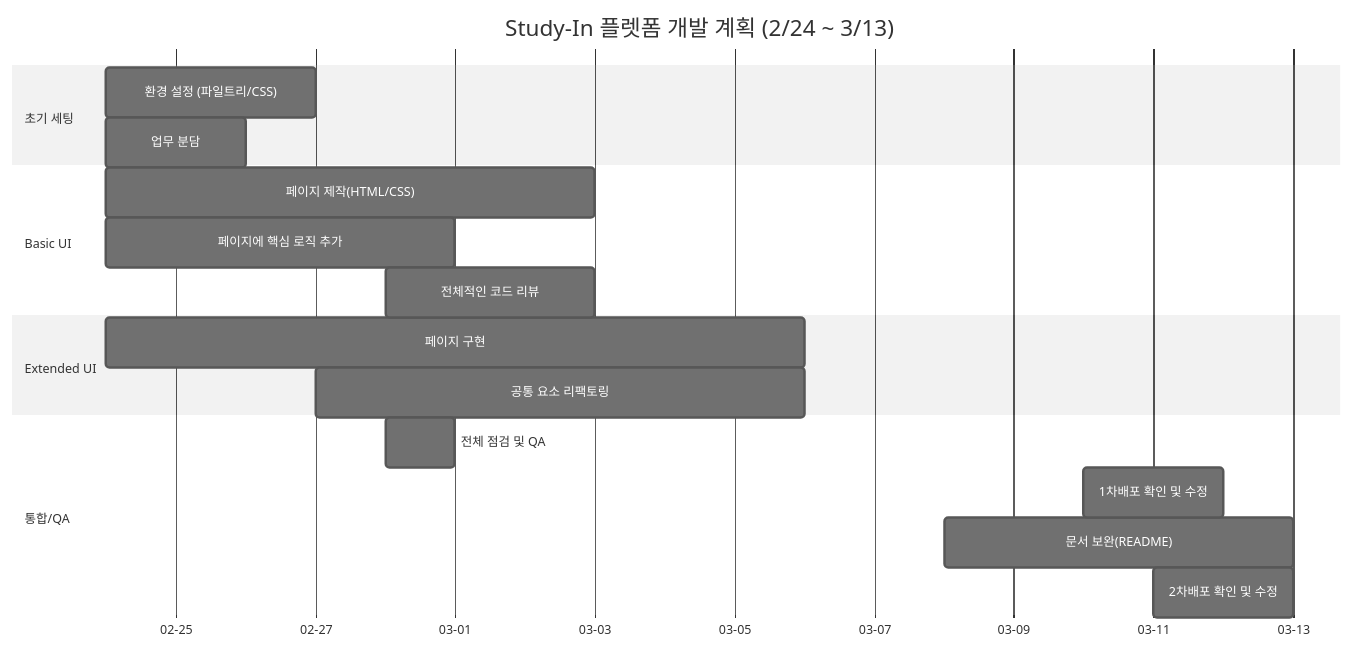
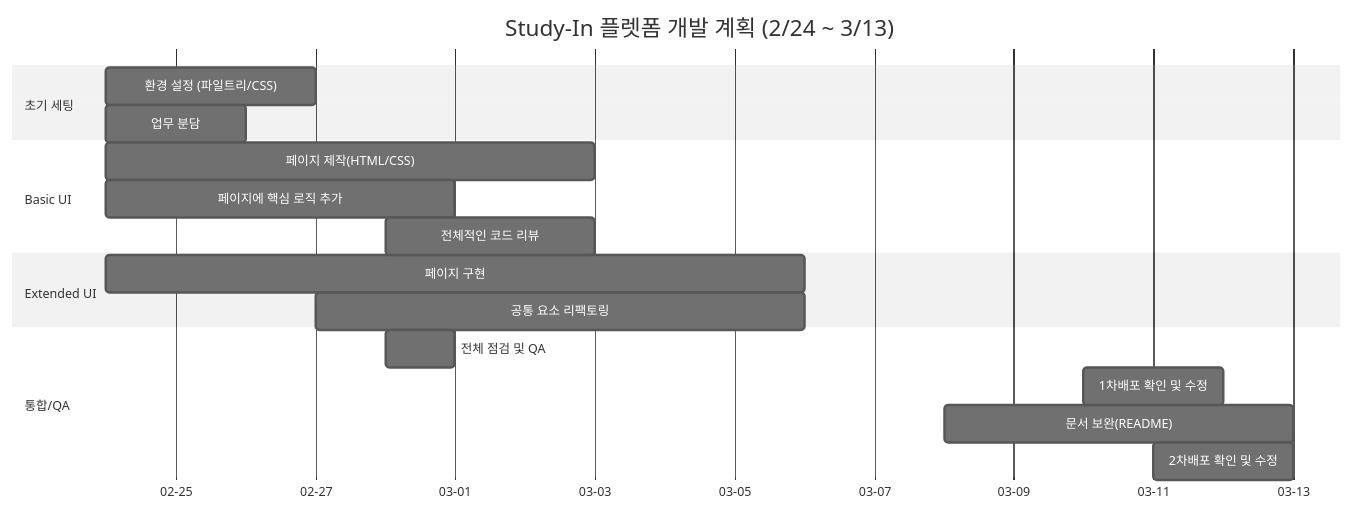
Before and after one commit to Ssumining/Study-In: the diagram in README.md, drawn with Mermaid (neutral theme). The commit also changed other lines of this file, not shown here.

````diff
--- a/README.md
+++ b/README.md
@@ -74,26 +74,26 @@
 ```mermaid
-%%{init: { 'gantt': { 'barHeight': 40, 'fontSize': 10, 'sectionFontSize': 10, 'barGap': 0 } } }%%
+%%{init: { 'gantt': { 'barHeight': 30, 'fontSize': 10, 'sectionFontSize': 10, 'barGap': 0 } } }%%
 gantt
     title Study-In 플렛폼 개발 계획 (2/24 ~ 3/13)
     dateFormat YYYY-MM-DD
     axisFormat %m-%d
 
     section 초기 세팅
         환경 설정 (파일트리/CSS)       :2026-02-24, 3d
         업무 분담    ::2026-02-24, 2d
 
     section Basic UI
         페이지 제작(HTML/CSS)            :2026-02-24, 7d
         페이지에 핵심 로직 추가      :2026-02-24, 5d
         전체적인 코드 리뷰               :2026-02-28, 3d
 
     section Extended UI
         페이지 구현          :2026-02-24, 10d
         공통 요소 리팩토링            :2026-02-27, 7d
 
     section 통합/QA
         전체 점검 및 QA               :2026-02-28, 1d
         1차배포 확인 및 수정              :2026-03-10, 2d
         문서 보완(README)             :2026-03-08, 5d
         2차배포 확인 및 수정              :2026-03-11, 2d
 ```
````
